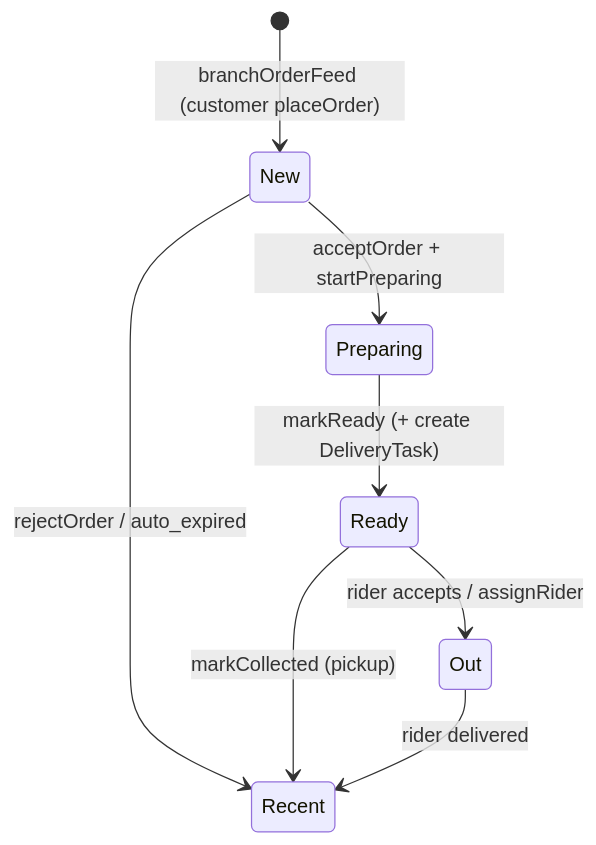
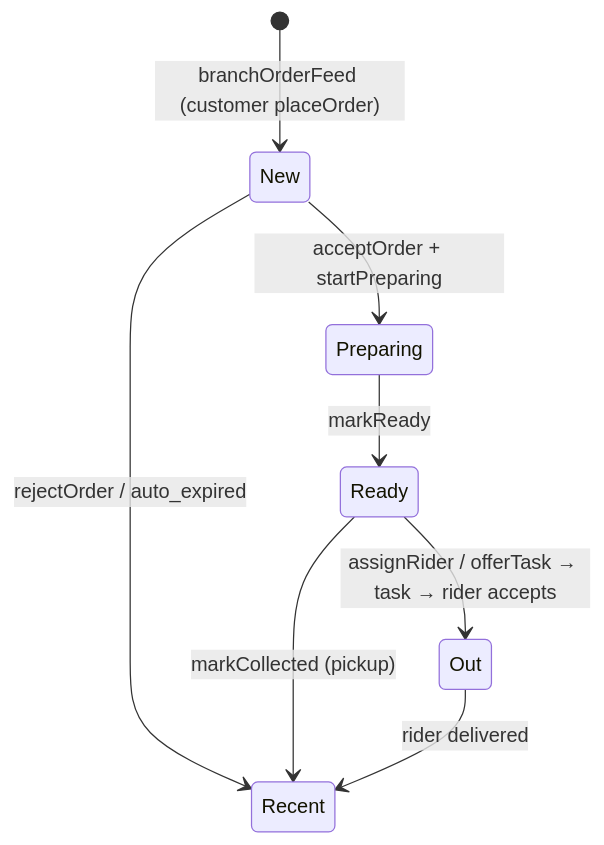
Before and after one commit to Hassanjkhan99/food-delivery: the second of 4 diagrams in docs/flows/restaurant.md, drawn with Mermaid. The commit also changed other lines of this file and 3 other files, not shown here.

First line of the commit message:
docs: correct flow-doc accuracy per Codex review on #201

````diff
--- a/docs/flows/restaurant.md
+++ b/docs/flows/restaurant.md
@@ -116,10 +122,10 @@
 ```mermaid
 stateDiagram-v2
     [*] --> New : branchOrderFeed (customer placeOrder)
     New --> Preparing : acceptOrder + startPreparing
     New --> Recent : rejectOrder / auto_expired
-    Preparing --> Ready : markReady (+ create DeliveryTask)
+    Preparing --> Ready : markReady
     Ready --> Recent : markCollected (pickup)
-    Ready --> Out : rider accepts / assignRider
+    Ready --> Out : assignRider / offerTask → task → rider accepts
     Out --> Recent : rider delivered
 ```
````
